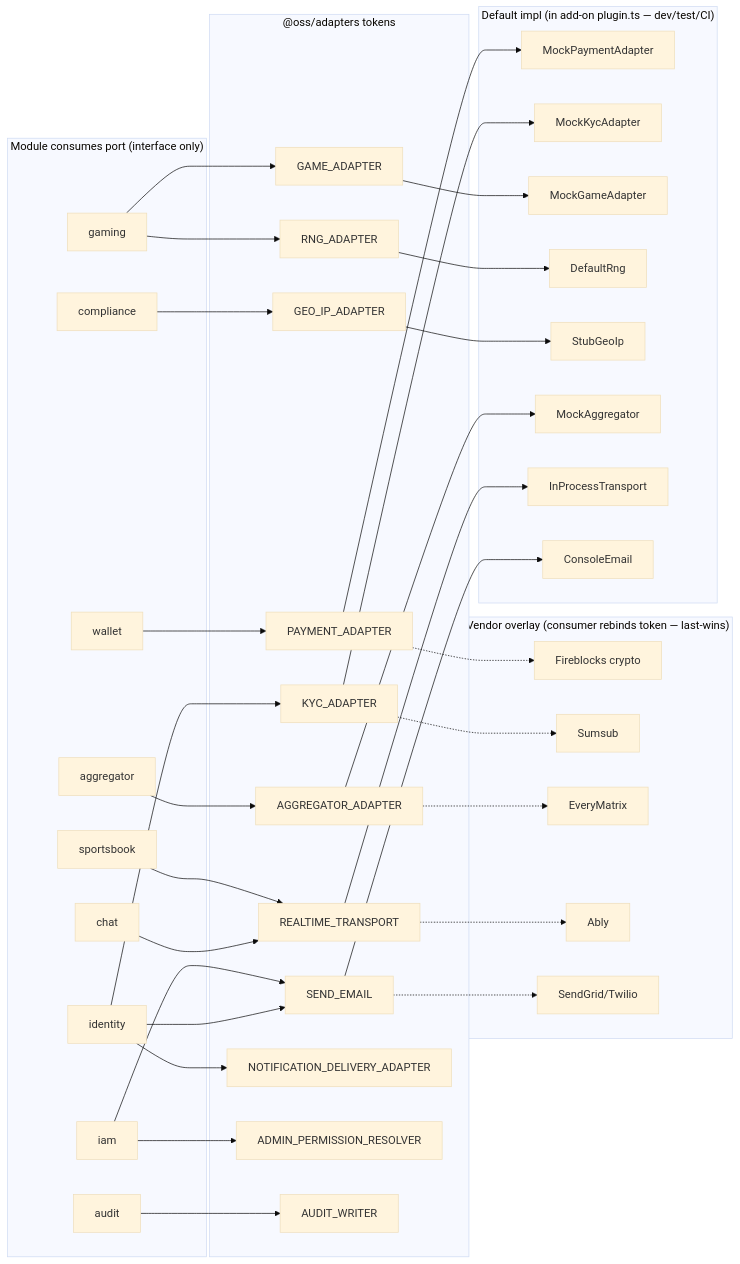
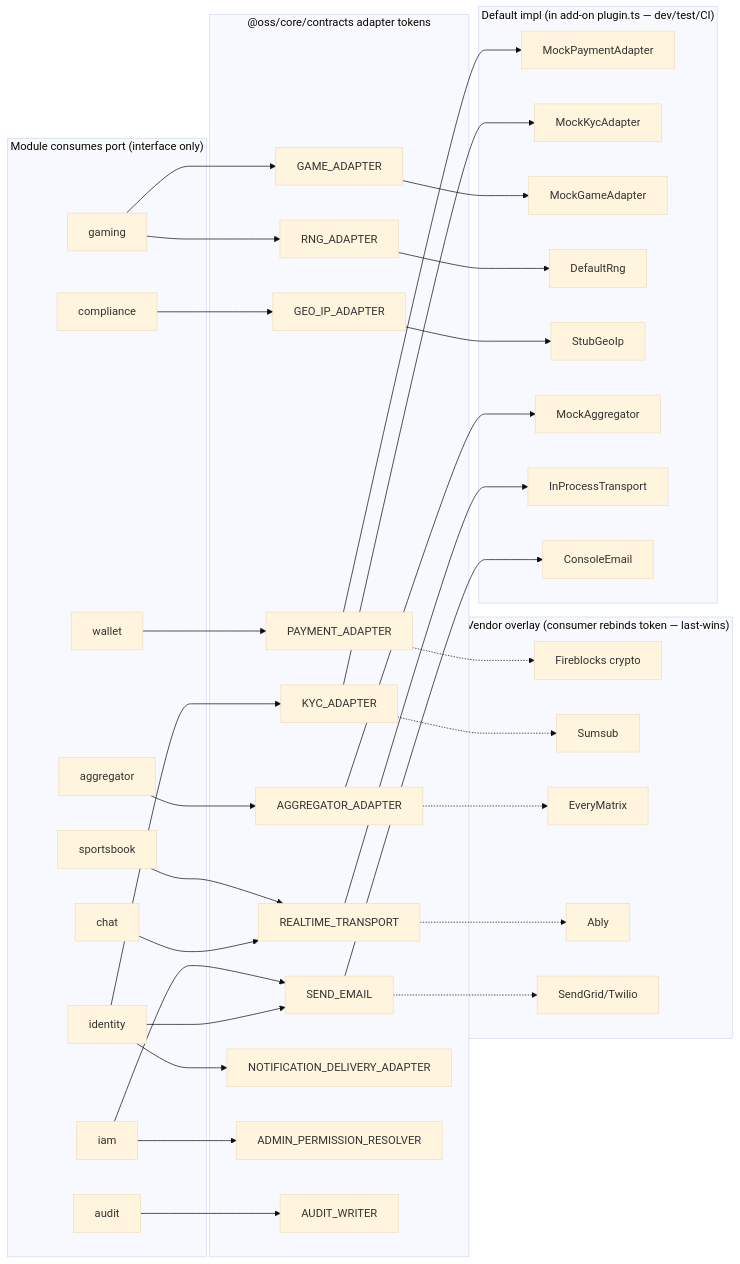
Before and after one commit to blurifycom/openora: the third of 5 diagrams in docs/system-design.md, drawn with Mermaid (base theme). The commit also changed other lines of this file and 544 other files, not shown here.

Commit message:
refactor: single @oss/core package (ADR-0025)

````diff
--- a/docs/system-design.md
+++ b/docs/system-design.md
@@ -228,25 +237,25 @@
 ```mermaid
 flowchart LR
   subgraph CONSUMERS["Module consumes port (interface only)"]
     wal2["wallet"]; idn2["identity"]; gam2["gaming"]; cmp2["compliance"]
     agg2["aggregator"]; cht2["chat"]; sb2["sportsbook"]; iam2["iam"]; aud2["audit"]
   end
-  subgraph TOKENS["@oss/adapters tokens"]
+  subgraph TOKENS["@oss/core/contracts adapter tokens"]
     t1["PAYMENT_ADAPTER"]; t2["KYC_ADAPTER"]; t3["GAME_ADAPTER"]; t4["RNG_ADAPTER"]
     t5["GEO_IP_ADAPTER"]; t6["AGGREGATOR_ADAPTER"]; t7["REALTIME_TRANSPORT"]
     t8["SEND_EMAIL"]; t9["NOTIFICATION_DELIVERY_ADAPTER"]; t10["ADMIN_PERMISSION_RESOLVER"]; t11["AUDIT_WRITER"]
   end
   subgraph DEFAULT["Default impl (in add-on plugin.ts — dev/test/CI)"]
     d1["MockPaymentAdapter"]; d2["MockKycAdapter"]; d3["MockGameAdapter"]; d4["DefaultRng"]
     d5["StubGeoIp"]; d6["MockAggregator"]; d7["InProcessTransport"]; d8["ConsoleEmail"]
   end
   subgraph OVERLAY["Vendor overlay (consumer rebinds token — last-wins)"]
     v1["Fireblocks crypto"]; v2["Sumsub"]; v6["EveryMatrix"]; v7["Ably"]; v8["SendGrid/Twilio"]
   end
 
   wal2-->t1; idn2-->t2 & t8 & t9; gam2-->t3 & t4; cmp2-->t5
   agg2-->t6; cht2-->t7; sb2-->t7; iam2-->t10 & t8; aud2-->t11
 
   t1-->d1; t2-->d2; t3-->d3; t4-->d4; t5-->d5; t6-->d6; t7-->d7; t8-->d8
   t1-.->v1; t2-.->v2; t6-.->v6; t7-.->v7; t8-.->v8
 ```
````
